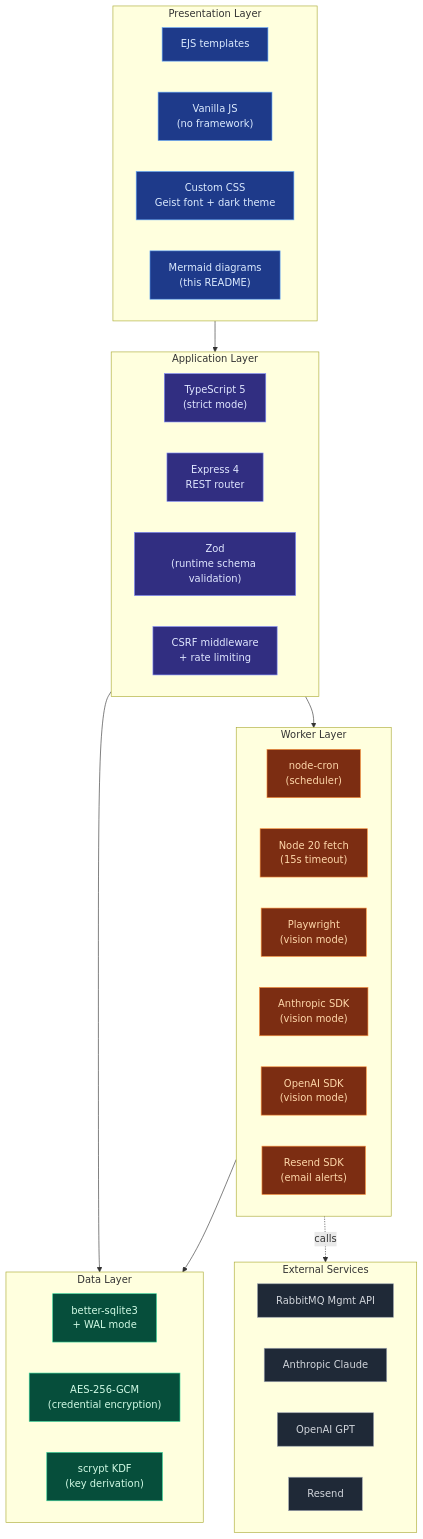
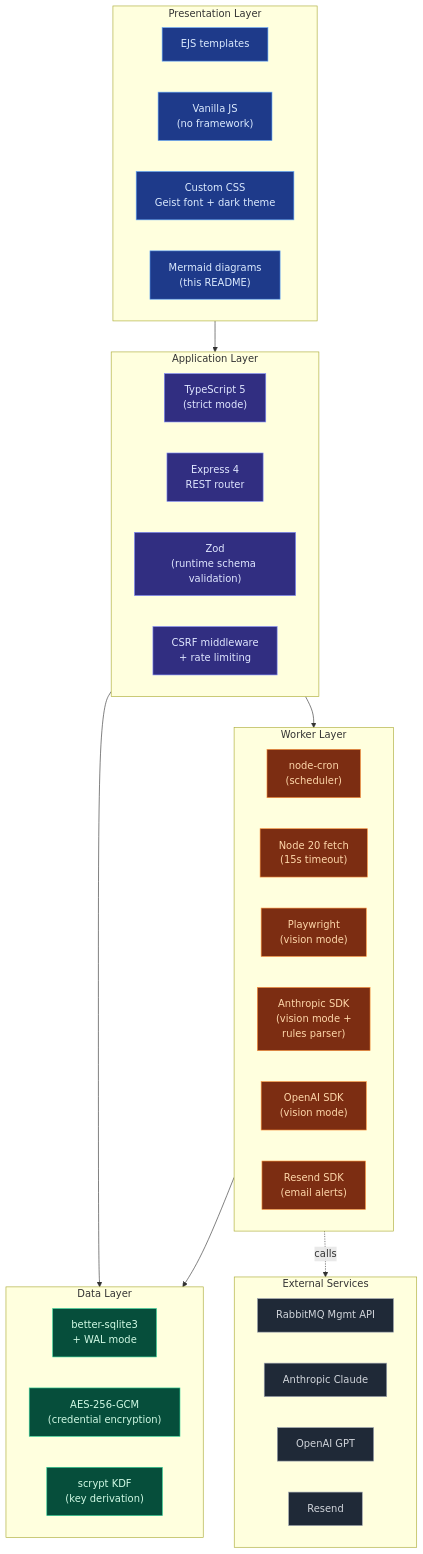
One commit to veerayk1/ops-monitor-node changed the second of 4 diagrams in README.md. Above: the diagram before and after it, drawn with Mermaid. The commit also changed other lines of this file and 7 other files, not shown here.

````diff
--- a/README.md
+++ b/README.md
@@ -167,55 +183,55 @@
 ```mermaid
 flowchart TB
     classDef frontendC fill:#1e3a8a,stroke:#60a5fa,color:#dbeafe
     classDef appC fill:#312e81,stroke:#818cf8,color:#e0e7ff
     classDef workerC fill:#7c2d12,stroke:#fb923c,color:#fed7aa
     classDef dataC fill:#064e3b,stroke:#34d399,color:#d1fae5
     classDef extC fill:#1f2937,stroke:#9ca3af,color:#d1d5db
 
     subgraph Frontend[Presentation Layer]
         direction LR
         EJS["EJS templates"]:::frontendC
         VanillaJS["Vanilla JS<br/>(no framework)"]:::frontendC
         CSS["Custom CSS<br/>Geist font + dark theme"]:::frontendC
         Mermaid["Mermaid diagrams<br/>(this README)"]:::frontendC
     end
 
     subgraph AppLayer[Application Layer]
         direction LR
         TS["TypeScript 5<br/>(strict mode)"]:::appC
         Express["Express 4<br/>REST router"]:::appC
         Zod["Zod<br/>(runtime schema validation)"]:::appC
         CSRF["CSRF middleware<br/>+ rate limiting"]:::appC
     end
 
     subgraph Workers[Worker Layer]
         direction LR
         Cron["node-cron<br/>(scheduler)"]:::workerC
         Fetch["Node 20 fetch<br/>(15s timeout)"]:::workerC
         Playwright["Playwright<br/>(vision mode)"]:::workerC
-        AnthropicSDK["Anthropic SDK<br/>(vision mode)"]:::workerC
+        AnthropicSDK["Anthropic SDK<br/>(vision mode +<br/>rules parser)"]:::workerC
         OpenAISDK["OpenAI SDK<br/>(vision mode)"]:::workerC
         ResendSDK["Resend SDK<br/>(email alerts)"]:::workerC
     end
 
     subgraph Data[Data Layer]
         direction LR
         SQLite["better-sqlite3<br/>+ WAL mode"]:::dataC
         AES["AES-256-GCM<br/>(credential encryption)"]:::dataC
         ScryptKDF["scrypt KDF<br/>(key derivation)"]:::dataC
     end
 
     subgraph External[External Services]
         direction LR
         RMQAPI["RabbitMQ Mgmt API"]:::extC
         ClaudeAPI["Anthropic Claude"]:::extC
         GPTAPI["OpenAI GPT"]:::extC
         ResendAPI["Resend"]:::extC
     end
 
     Frontend --> AppLayer
     AppLayer --> Workers
     AppLayer --> Data
     Workers --> Data
     Workers -.calls.-> External
 ```
````
